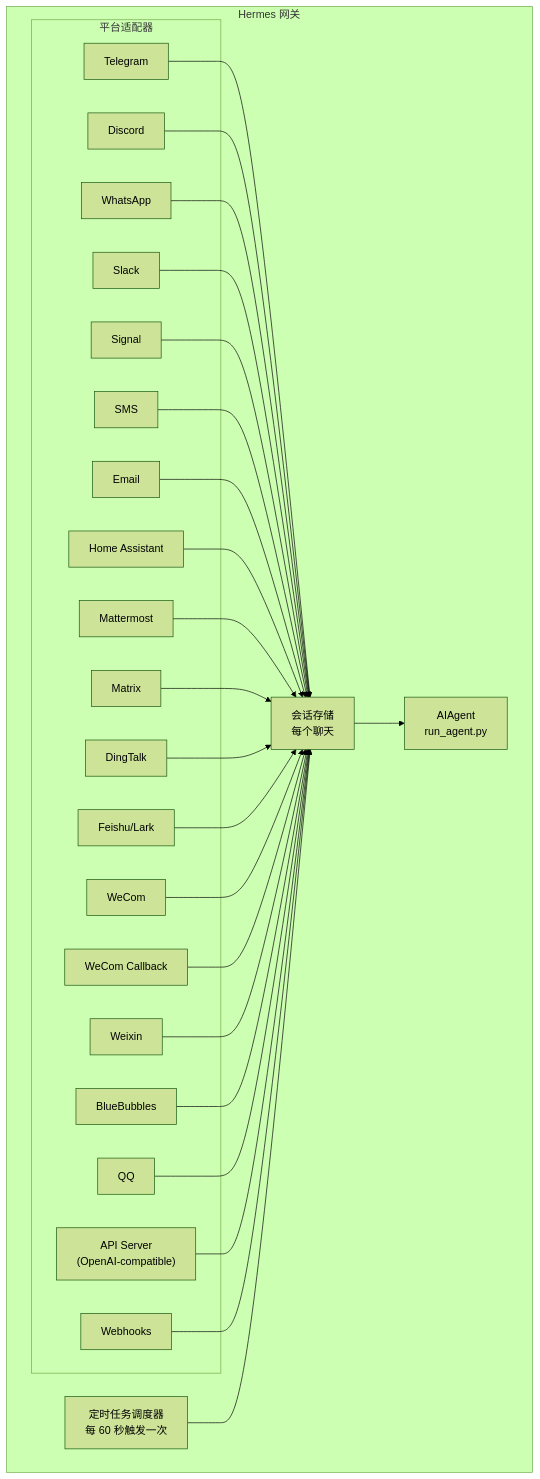
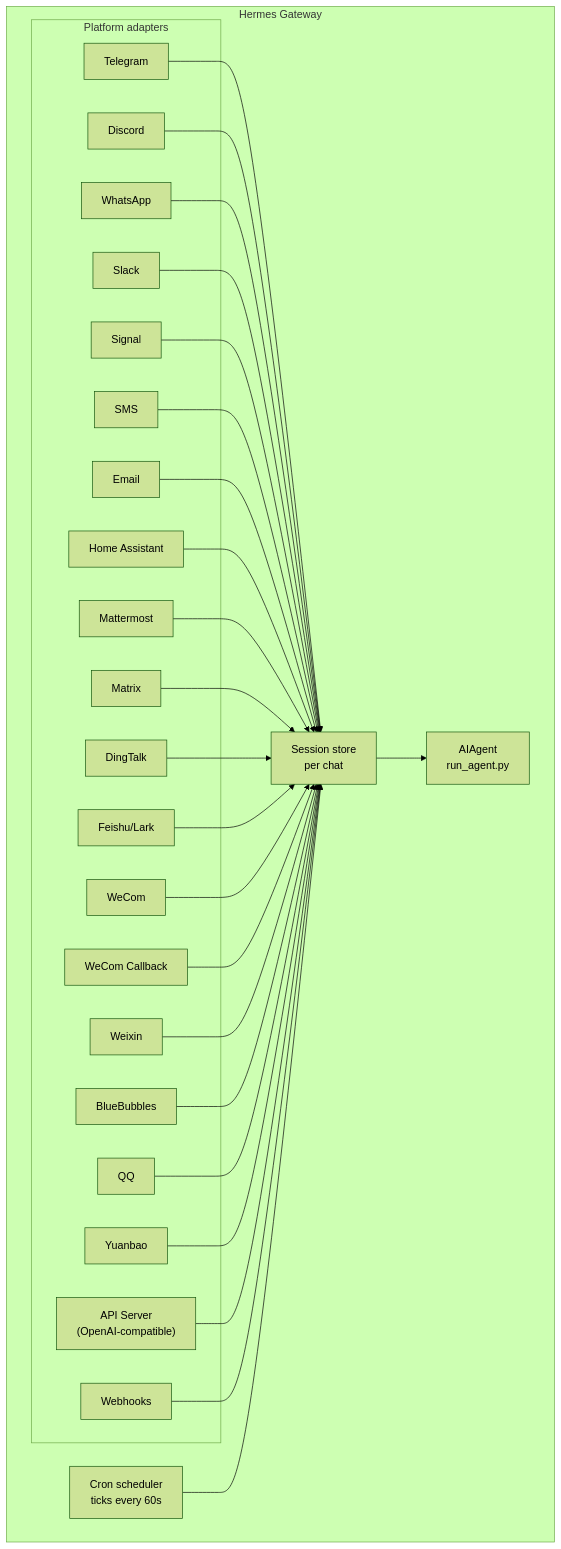
The diagram in translations/docs/user-guide/messaging/index.md (lyy0709/hermes-agent-zh), drawn with Mermaid (forest theme) before and after one commit. The commit also changed other lines of this file and 20 other files, not shown here.

````diff
--- a/translations/docs/user-guide/messaging/index.md
+++ b/translations/docs/user-guide/messaging/index.md
@@ -39,52 +40,54 @@
 ```mermaid
 flowchart TB
-    subgraph Gateway["Hermes 网关"]
-        subgraph Adapters["平台适配器"]
+    subgraph Gateway["Hermes Gateway"]
+        subgraph Adapters["Platform adapters"]
             tg[Telegram]
             dc[Discord]
             wa[WhatsApp]
             sl[Slack]
             sig[Signal]
             sms[SMS]
             em[Email]
             ha[Home Assistant]
             mm[Mattermost]
             mx[Matrix]
             dt[DingTalk]
     fs[Feishu/Lark]
     wc[WeCom]
     wcb[WeCom Callback]
     wx[Weixin]
     bb[BlueBubbles]
     qq[QQ]
+    yb[Yuanbao]
             api["API Server<br/>(OpenAI-compatible)"]
             wh[Webhooks]
         end
 
-        store["会话存储<br/>每个聊天"]
+        store["Session store<br/>per chat"]
         agent["AIAgent<br/>run_agent.py"]
-        cron["定时任务调度器<br/>每 60 秒触发一次"]
+        cron["Cron scheduler<br/>ticks every 60s"]
     end
 
     tg --> store
     dc --> store
     wa --> store
     sl --> store
     sig --> store
     sms --> store
     em --> store
     ha --> store
     mm --> store
     mx --> store
     dt --> store
     fs --> store
     wc --> store
     wcb --> store
     wx --> store
     bb --> store
     qq --> store
+    yb --> store
     api --> store
     wh --> store
     store --> agent
     cron --> store
 ```
````
